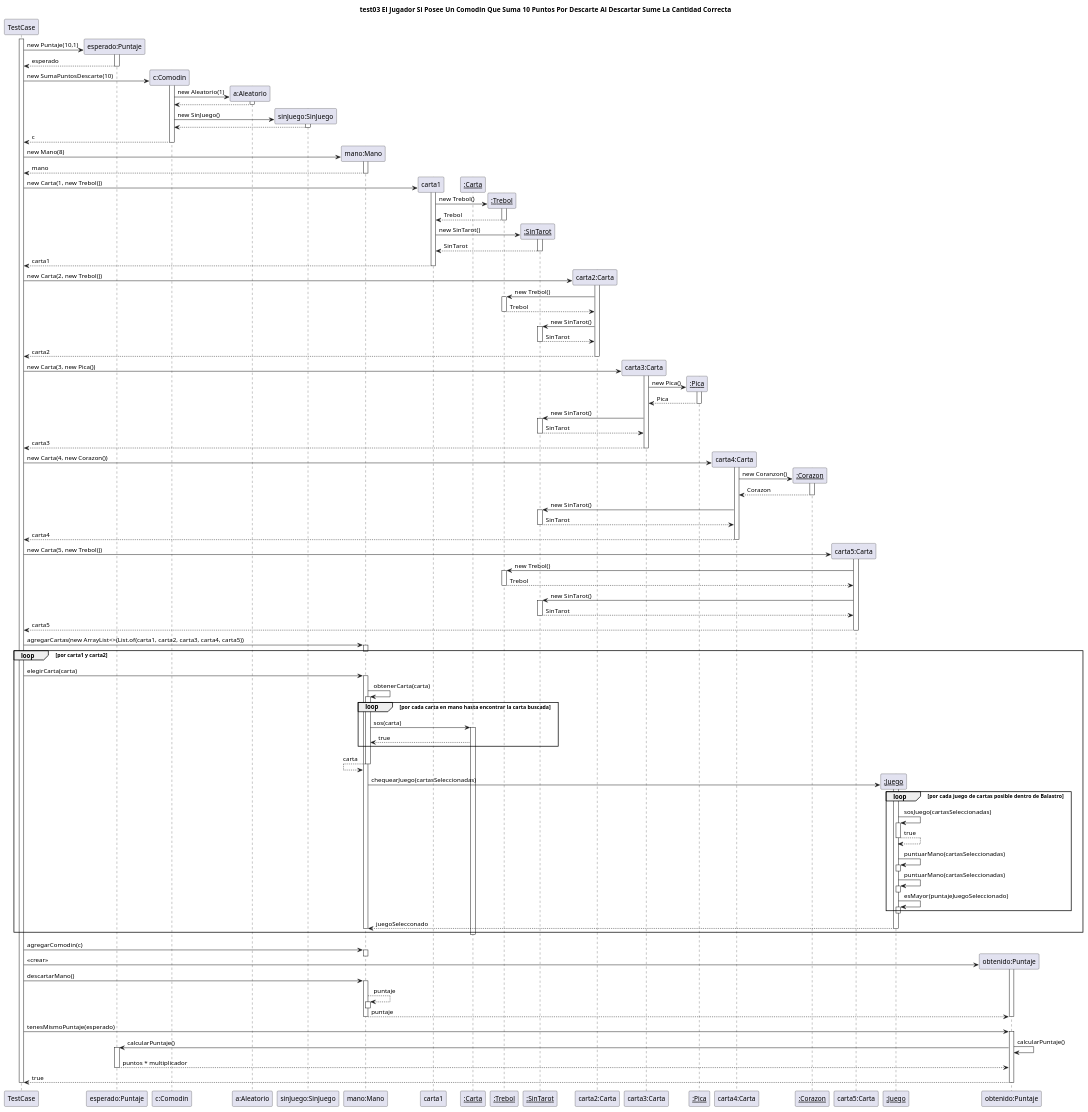
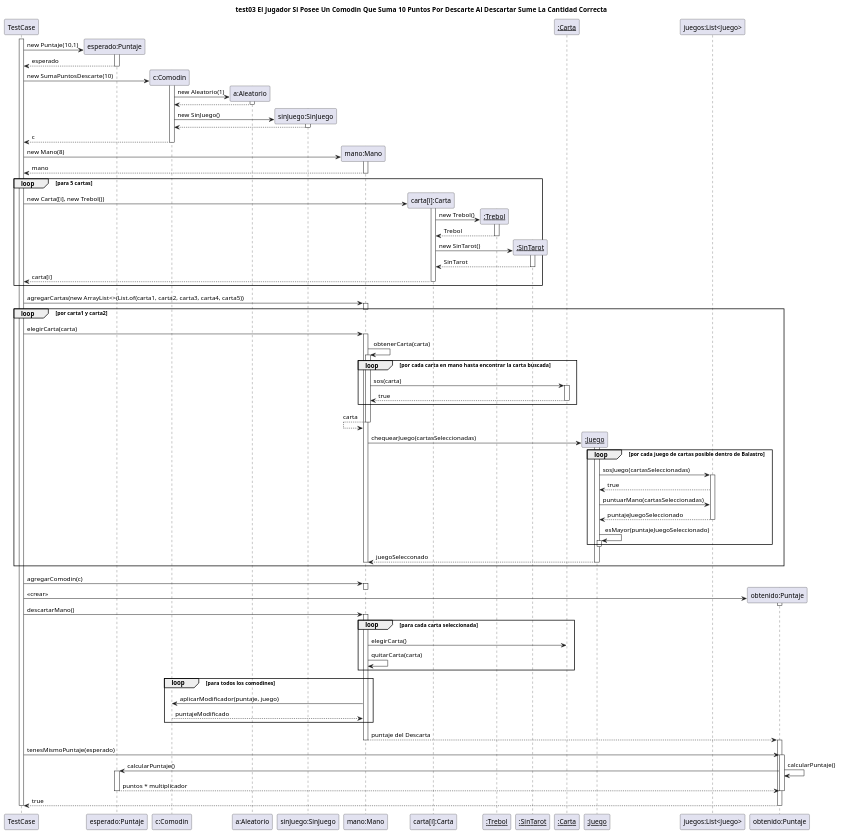
Before and after one commit to facukresta/g06-tp2-2c-2024: the diagram in diagrams/sequences/casoDeUso3.puml, drawn with PlantUML. The commit also changed 27 other files, not shown here.

```diff
--- a/diagrams/sequences/casoDeUso3.puml
+++ b/diagrams/sequences/casoDeUso3.puml
@@ -1,167 +1,122 @@
 @startuml casoDeUso3
 title "test03 El Jugador Si Posee Un Comodin Que Suma 10 Puntos Por Descarte Al Descartar Sume La Cantidad Correcta"
 !pragma teoz true
 
 participant "TestCase" as TestCase
 
 activate TestCase
 
 TestCase -> "esperado:Puntaje" as esperado **: new Puntaje(10,1)
 activate esperado
 TestCase <-- esperado : esperado
 deactivate esperado
 
 TestCase -> "c:Comodin" as comodin **: new SumaPuntosDescarte(10)
 
 activate comodin
 comodin -> "a:Aleatorio" as aleatorio **: new Aleatorio(1)
 activate aleatorio
 comodin <-- aleatorio
 deactivate aleatorio
 comodin -> "sinJuego:SinJuego" as sinJuego ** : new SinJuego()
 activate sinJuego
 comodin <-- sinJuego
 deactivate sinJuego
 TestCase <-- comodin : c
 deactivate comodin
 
 TestCase -> "mano:Mano" as mano **: new Mano(8)
 activate mano
 TestCase <-- mano : mano
 deactivate mano
 
-carta1 -[hidden]-> "__:Carta__" as instanciaCarta **: blank
-& TestCase -> "carta1:Carta" as carta1 **: new Carta(1, new Trebol())
+loop para 5 cartas
+TestCase -> "carta[i]:Carta" as carta1 **: new Carta([i], new Trebol())
 activate carta1
 carta1 -> "__:Trebol__" as trebol **: new Trebol()
 activate trebol
 carta1 <-- trebol : Trebol
 deactivate trebol
 carta1 -> "__:SinTarot__" as sinTarot **: new SinTarot()
 activate sinTarot
 carta1 <-- sinTarot : SinTarot
 deactivate sinTarot
-TestCase <-- carta1 : carta1
+TestCase <-- carta1 : carta[i]
 deactivate carta1
-
-TestCase -> "carta2:Carta" as carta2 **: new Carta(2, new Trebol())
-activate carta2
-carta2 -> trebol : new Trebol()
-activate trebol
-carta2 <-- trebol : Trebol
-deactivate trebol
-carta2 -> sinTarot : new SinTarot()
-activate sinTarot
-carta2 <-- sinTarot : SinTarot
-deactivate sinTarot
-TestCase <-- carta2 : carta2
-deactivate carta2
-
-TestCase -> "carta3:Carta" as carta3 **: new Carta(3, new Pica())
-activate carta3
-carta3 -> "__:Pica__" as pica **: new Pica()
-activate pica
-carta3 <-- pica: Pica
-deactivate pica
-carta3 -> sinTarot : new SinTarot()
-activate sinTarot
-carta3 <-- sinTarot : SinTarot
-deactivate sinTarot
-TestCase <-- carta3 : carta3
-deactivate carta3
-
-TestCase -> "carta4:Carta" as carta4 **: new Carta(4, new Corazon())
-activate carta4
-carta4 -> "__:Corazon__" as corazon **: new Coranzon()
-activate corazon
-carta4 <-- corazon: Corazon
-deactivate corazon
-carta4 -> sinTarot : new SinTarot()
-activate sinTarot
-carta4 <-- sinTarot : SinTarot
-deactivate sinTarot
-TestCase <-- carta4 : carta4
-deactivate carta4
-
-TestCase -> "carta5:Carta" as carta5 **: new Carta(5, new Trebol())
-activate carta5
-carta5 -> trebol : new Trebol()
-activate trebol
-carta5 <-- trebol : Trebol
-deactivate trebol
-carta5 -> sinTarot : new SinTarot()
-activate sinTarot
-carta5 <-- sinTarot : SinTarot
-deactivate sinTarot
-TestCase <-- carta5 : carta5
-deactivate carta5
+end
 
 TestCase -> mano : agregarCartas(new ArrayList<>(List.of(carta1, carta2, carta3, carta4, carta5))
 activate mano
 deactivate mano
 
 loop por carta1 y carta2
 TestCase -> mano : elegirCarta(carta)
 activate mano
 mano -> mano : obtenerCarta(carta)
 activate mano
 loop por cada carta en mano hasta encontrar la carta buscada
-mano -> instanciaCarta : sos(carta)
+mano -> "__:Carta__" as instanciaCarta : sos(carta)
 activate instanciaCarta
 instanciaCarta --> mano : true
+deactivate instanciaCarta
 end
 mano <-- mano : carta
 deactivate mano
 mano -> "__:Juego__" as juego **: chequearJuego(cartasSeleccionadas)
 activate juego
 loop por cada juego de cartas posible dentro de Balastro
-juego -> juego : sosJuego(cartasSeleccionadas)
-activate juego
-juego --> juego : true
-deactivate juego
-juego -> juego : puntuarMano(cartasSeleccionadas)
-activate juego
-deactivate juego
-juego -> juego : puntuarMano(cartasSeleccionadas)
-activate juego
-deactivate juego
+juego -> "juegos:List<Juego>" as juegos : sosJuego(cartasSeleccionadas)
+activate juegos
+juegos --> juego : true
+juego -> juegos : puntuarMano(cartasSeleccionadas)
+juego <-- juegos : puntajeJuegoSeleccionado
+deactivate juegos
 juego -> juego : esMayor(puntajeJuegoSeleccionado)
+
 activate juego
 deactivate juego
 end
 mano <-- juego : juegoSelecconado
 deactivate instanciaCarta
 deactivate juego
 deactivate mano
 end
 
 TestCase -> mano : agregarComodin(c)
 activate mano
 deactivate mano
 
 
 TestCase -> "obtenido:Puntaje" as obtenido **: <<crear>>
 activate obtenido
+deactivate obtenido
 
 TestCase -> mano : descartarMano()
 activate mano
-mano --> mano : puntaje
-activate mano
+loop para cada carta seleccionada
+mano -> instanciaCarta : elegirCarta()
+mano -> mano : quitarCarta(carta)
+end
+loop para todos los comodines
+mano -> comodin : aplicarModificador(puntaje, juego)
+mano <-- comodin : puntajeModificado
+end
+mano --> obtenido: puntaje del Descarta
 deactivate mano
-obtenido <-- mano : puntaje
-deactivate obtenido
-deactivate mano 
+activate obtenido
 
 obtenido <- TestCase : tenesMismoPuntaje(esperado)
 activate obtenido 
 obtenido -> obtenido : calcularPuntaje()
  & obtenido -> esperado : calcularPuntaje()
 activate esperado
 esperado --> obtenido : puntos * multiplicador
+deactivate obtenido
 deactivate esperado
 obtenido --> TestCase: true
+deactivate obtenido
 deactivate obtenido
 
 deactivate TestCase
 
 @enduml
```
